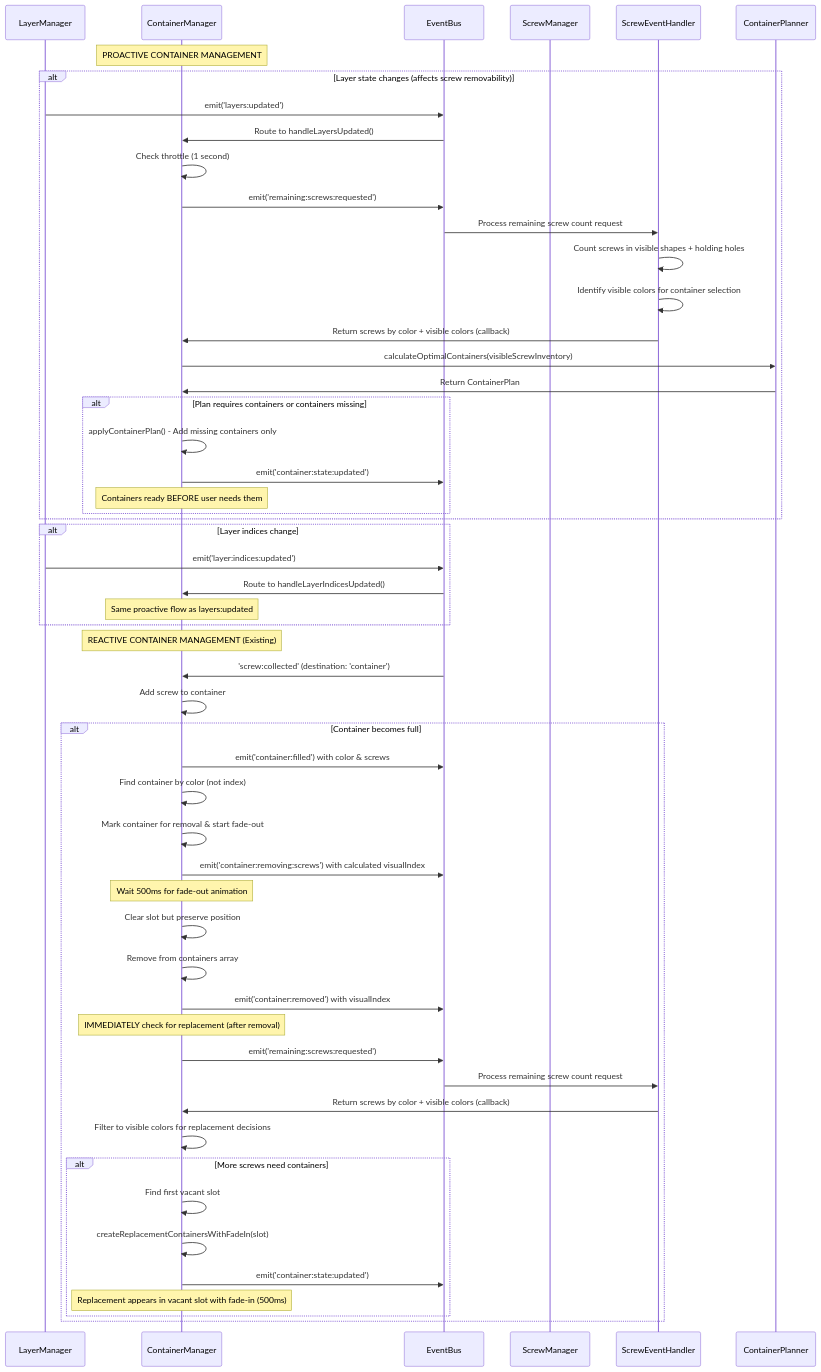
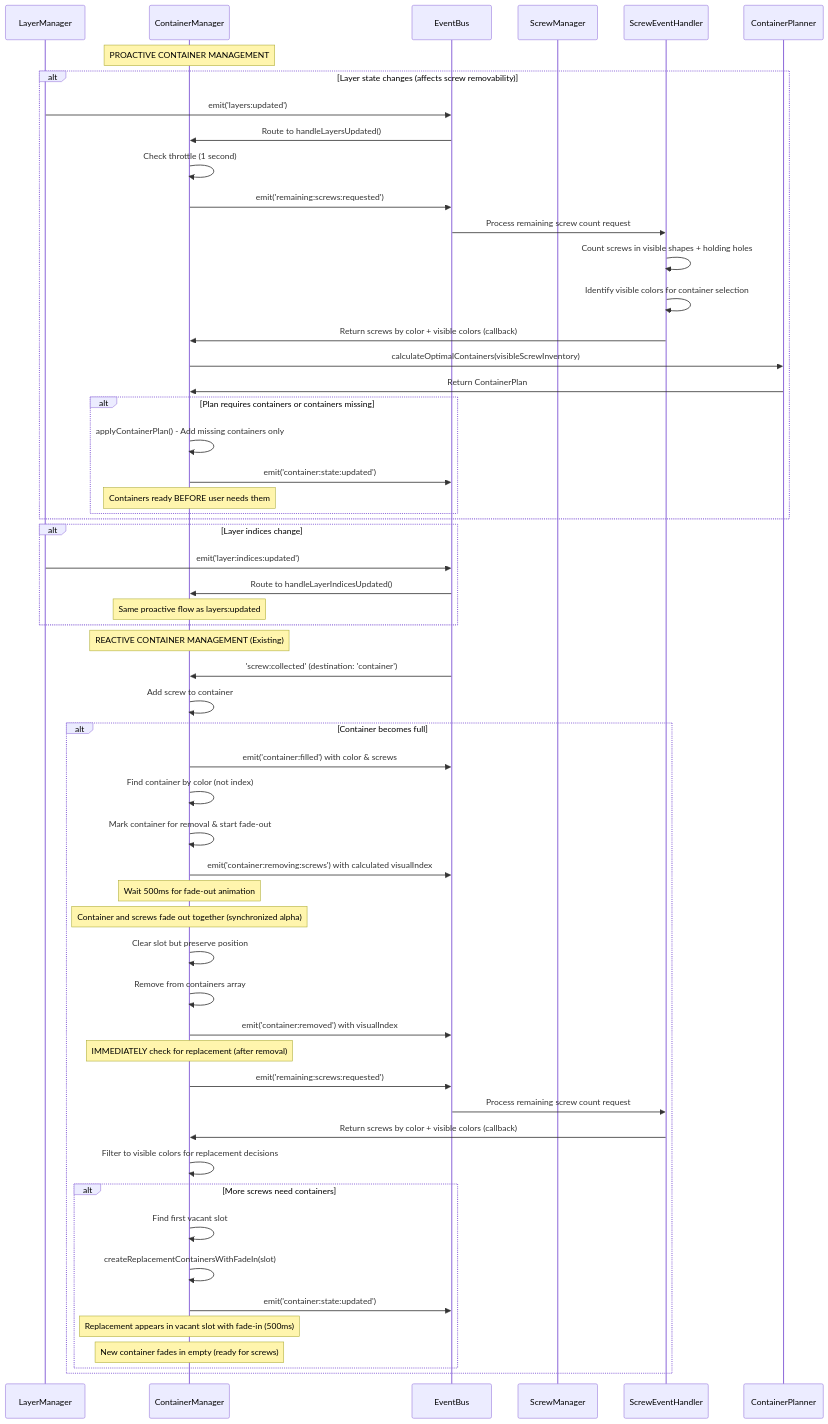
Before and after one commit to paulrobello/par-shape-2d: the second of 6 diagrams in docs/game_event_flows.md, drawn with Mermaid. The commit also changed 1 other file, not shown here.

Commit message:
docs: update documentation for synchronized container-screw fade animations
- Update ContainerManager documentation to describe synchronized fade behavior
- Add details about screws inheriting container fadeOpacity values
- Document the 500ms fade-out/fade-in transition timing
- Update GameRenderManager section about screw-container fade synchronization
- Enhance ScrewRenderer description with alpha inheritance capability
- Update event flow diagrams to show synchronized fade behavior

````diff
--- a/docs/game_event_flows.md
+++ b/docs/game_event_flows.md
@@ -225,66 +225,68 @@
 ```mermaid
 sequenceDiagram
     participant LM as LayerManager
     participant CM as ContainerManager
     participant EB as EventBus
     participant SM as ScrewManager
     participant SEH as ScrewEventHandler
     participant CP as ContainerPlanner
 
     Note over CM: PROACTIVE CONTAINER MANAGEMENT
     
     alt Layer state changes (affects screw removability)
         LM->>EB: emit('layers:updated')
         EB->>CM: Route to handleLayersUpdated()
         CM->>CM: Check throttle (1 second)
         CM->>EB: emit('remaining:screws:requested')
         EB->>SEH: Process remaining screw count request
         SEH->>SEH: Count screws in visible shapes + holding holes
         SEH->>SEH: Identify visible colors for container selection
         SEH->>CM: Return screws by color + visible colors (callback)
         CM->>CP: calculateOptimalContainers(visibleScrewInventory)
         CP->>CM: Return ContainerPlan
         
         alt Plan requires containers or containers missing
             CM->>CM: applyContainerPlan() - Add missing containers only
             CM->>EB: emit('container:state:updated')
             Note over CM: Containers ready BEFORE user needs them
         end
     end
     
     alt Layer indices change
         LM->>EB: emit('layer:indices:updated')
         EB->>CM: Route to handleLayerIndicesUpdated()
         Note over CM: Same proactive flow as layers:updated
     end
 
     Note over CM: REACTIVE CONTAINER MANAGEMENT (Existing)
     
     EB->>CM: 'screw:collected' (destination: 'container')
     CM->>CM: Add screw to container
     
     alt Container becomes full
         CM->>EB: emit('container:filled') with color & screws
         CM->>CM: Find container by color (not index)
         CM->>CM: Mark container for removal & start fade-out
         CM->>EB: emit('container:removing:screws') with calculated visualIndex
         
         Note over CM: Wait 500ms for fade-out animation
+        Note over CM: Container and screws fade out together (synchronized alpha)
         CM->>CM: Clear slot but preserve position
         CM->>CM: Remove from containers array
         CM->>EB: emit('container:removed') with visualIndex
         
         Note over CM: IMMEDIATELY check for replacement (after removal)
         CM->>EB: emit('remaining:screws:requested')
         EB->>SEH: Process remaining screw count request
         SEH->>CM: Return screws by color + visible colors (callback)
         CM->>CM: Filter to visible colors for replacement decisions
         
         alt More screws need containers
             CM->>CM: Find first vacant slot
             CM->>CM: createReplacementContainersWithFadeIn(slot)
             CM->>EB: emit('container:state:updated')
             Note over CM: Replacement appears in vacant slot with fade-in (500ms)
+            Note over CM: New container fades in empty (ready for screws)
         end
     end
 ```
````
